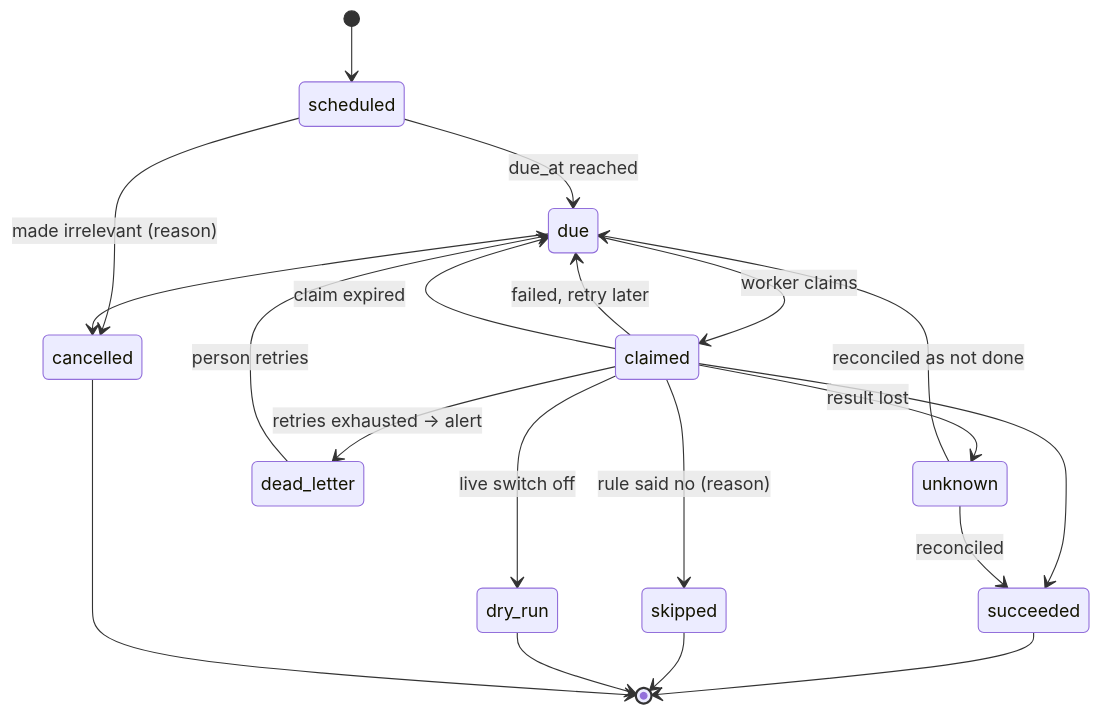
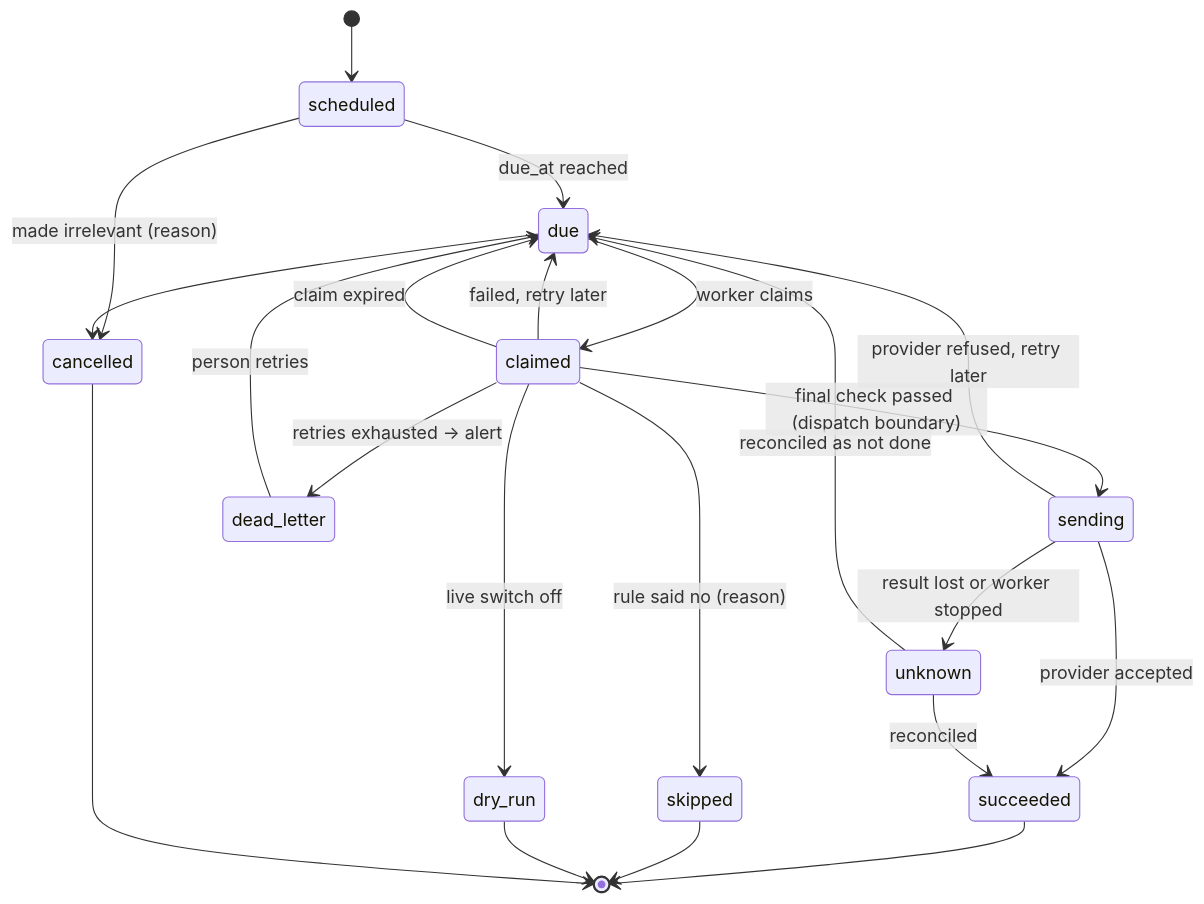
Before and after one commit to singhdhruv525-source/Zella-AI: the eighth of 23 diagrams in docs/ARCHITECTURE.md, drawn with Mermaid. The commit also changed other lines of this file and 1 other file, not shown here.

````diff
--- a/docs/ARCHITECTURE.md
+++ b/docs/ARCHITECTURE.md
@@ -693,22 +696,24 @@
 ```mermaid
 stateDiagram-v2
   [*] --> scheduled
   scheduled --> due: due_at reached
   due --> claimed: worker claims
-  claimed --> succeeded
+  claimed --> sending: final check passed (dispatch boundary)
+  sending --> succeeded: provider accepted
+  sending --> due: provider refused, retry later
+  sending --> unknown: result lost or worker stopped
   claimed --> skipped: rule said no (reason)
   claimed --> dry_run: live switch off
-  claimed --> unknown: result lost
   unknown --> succeeded: reconciled
   unknown --> due: reconciled as not done
   claimed --> due: failed, retry later
   claimed --> due: claim expired
   claimed --> dead_letter: retries exhausted → alert
   scheduled --> cancelled: made irrelevant (reason)
   due --> cancelled
   dead_letter --> due: person retries
   succeeded --> [*]
   skipped --> [*]
   dry_run --> [*]
   cancelled --> [*]
 ```
````
